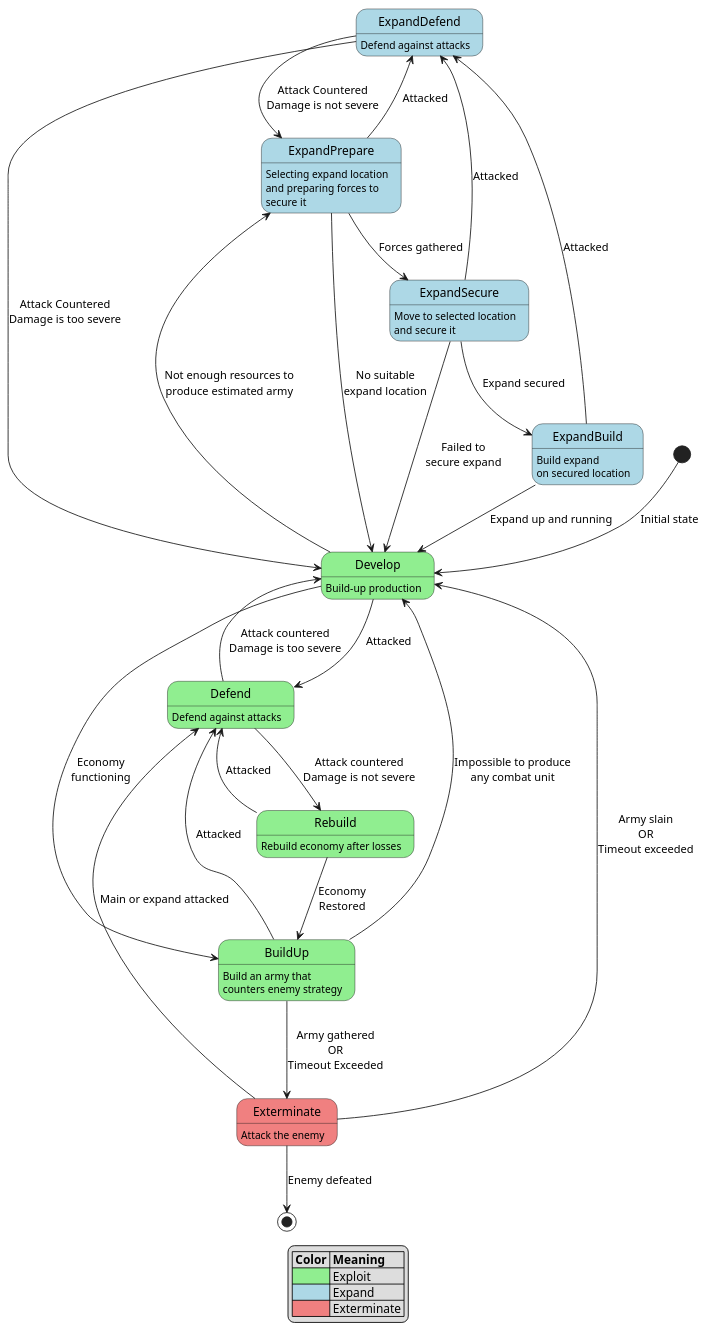
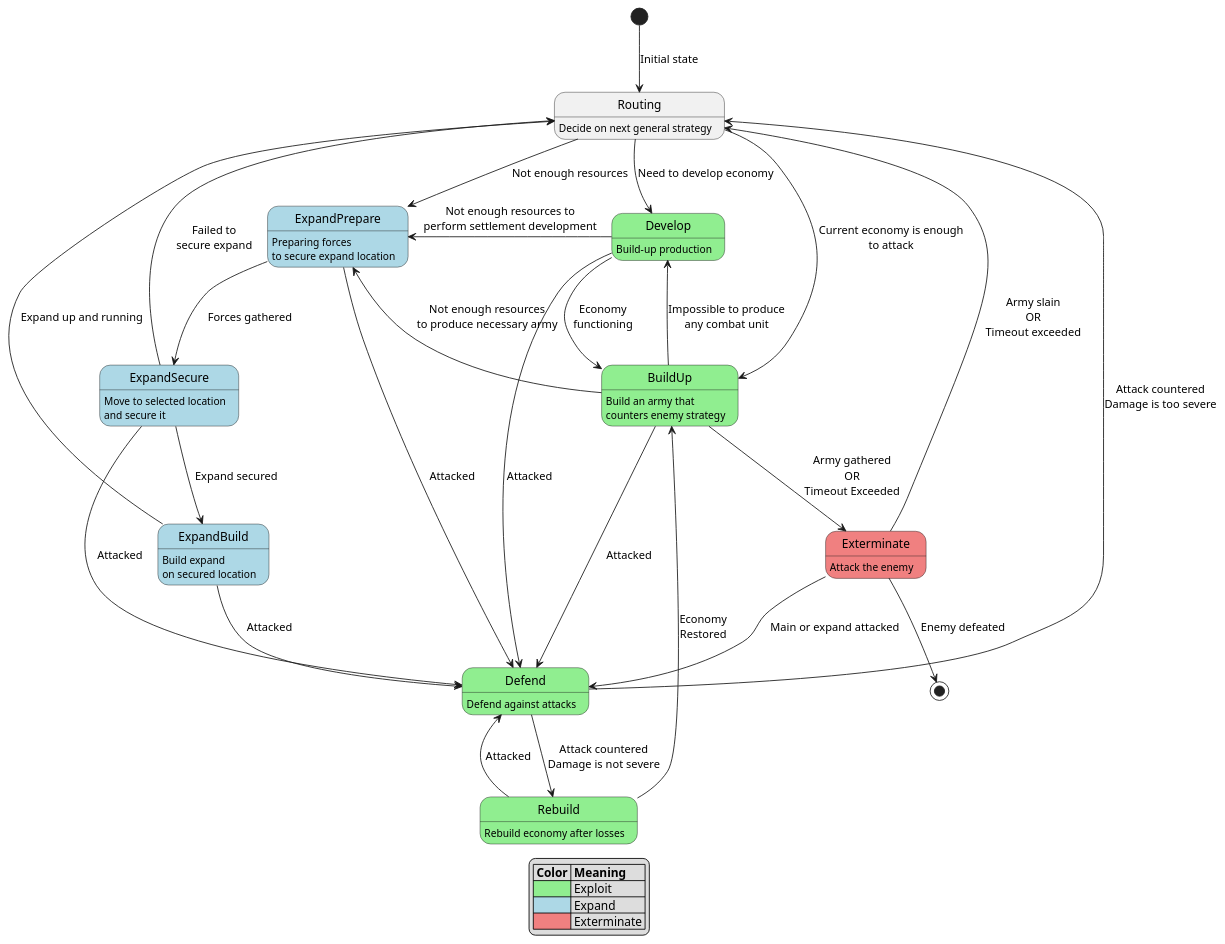
Before and after one commit to HordeResurrection/HordeScripts: the diagram in Mods/Mara/Docs/SettlementControllerStates.puml, drawn with PlantUML.

```diff
--- a/Mods/Mara/Docs/SettlementControllerStates.puml
+++ b/Mods/Mara/Docs/SettlementControllerStates.puml
@@ -1,57 +1,57 @@
 @startuml controller states
 
 state Develop #LightGreen: Build-up production
 state Rebuild #LightGreen: Rebuild economy after losses
 state Defend #LightGreen: Defend against attacks
 state BuildUp #LightGreen: Build an army that\ncounters enemy strategy
+state Routing: Decide on next general strategy
 
-state ExpandPrepare #LightBlue: Selecting expand location\nand preparing forces to\nsecure it
+state ExpandPrepare #LightBlue: Preparing forces\nto secure expand location
 state ExpandSecure #LightBlue: Move to selected location\nand secure it
 state ExpandBuild #LightBlue: Build expand\non secured location
-state ExpandDefend #LightBlue: Defend against attacks
 
 state Exterminate #LightCoral: Attack the enemy
 
-[*] --> Develop: Initial state
+[*] --> Routing: Initial state
 
 Defend --> Rebuild: Attack countered\nDamage is not severe
-Defend --> Develop: Attack countered\nDamage is too severe
+Defend -up-> Routing: Attack countered\nDamage is too severe
 
 Develop --> BuildUp: Economy\nfunctioning
-Develop --> Defend: Attacked
-Develop -left-> ExpandPrepare: Not enough resources to\nproduce estimated army
+Develop -down-> Defend: Attacked
+Develop -left-> ExpandPrepare: Not enough resources to\nperform settlement development
 
 BuildUp -down-> Exterminate: Army gathered\nOR\nTimeout Exceeded
 BuildUp --> Defend: Attacked
 BuildUp --> Develop: Impossible to produce\nany combat unit
+BuildUp -left-> ExpandPrepare: Not enough resources\nto produce necessary army
 
 Rebuild --> BuildUp: Economy\nRestored
 Rebuild --> Defend: Attacked
 
 ExpandPrepare --> ExpandSecure: Forces gathered
-ExpandPrepare -left-> ExpandDefend: Attacked
-ExpandPrepare --> Develop: No suitable\nexpand location
+ExpandPrepare -down-> Defend: Attacked
 
 ExpandSecure --> ExpandBuild: Expand secured
-ExpandSecure -left-> ExpandDefend: Attacked
-ExpandSecure --> Develop: Failed to\nsecure expand
+ExpandSecure -down-> Defend: Attacked
+ExpandSecure -up-> Routing: Failed to\nsecure expand
 
-ExpandBuild --> Develop: Expand up and running
-ExpandBuild -left-> ExpandDefend: Attacked
-
-ExpandDefend --> ExpandPrepare: Attack Countered\nDamage is not severe
-ExpandDefend --> Develop: Attack Countered\nDamage is too severe
+ExpandBuild -up-> Routing: Expand up and running
+ExpandBuild -down-> Defend: Attacked
 
 Exterminate --> [*]: Enemy defeated
-Exterminate --> Develop: Army slain\nOR\nTimeout exceeded
+Exterminate -up-> Routing: Army slain\nOR\nTimeout exceeded
 Exterminate --> Defend: Main or expand attacked
 
+Routing -down-> BuildUp: Current economy is enough\nto attack
+Routing -down-> Develop: Need to develop economy
+Routing -down-> ExpandPrepare: Not enough resources
 
 legend
 | **Color** | **Meaning** |
 |<#LightGreen>| Exploit |
 |<#LightBlue>| Expand |
 |<#LightCoral>| Exterminate |
 endlegend
 
 @enduml
```
